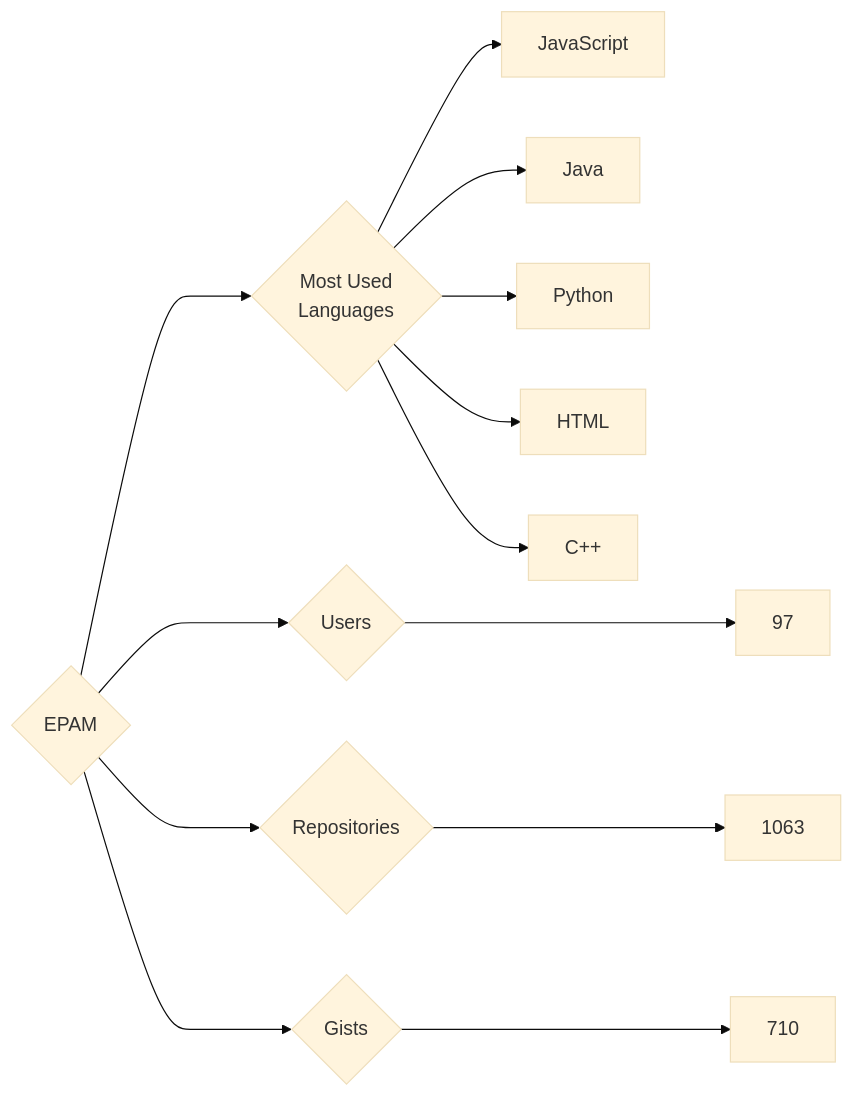
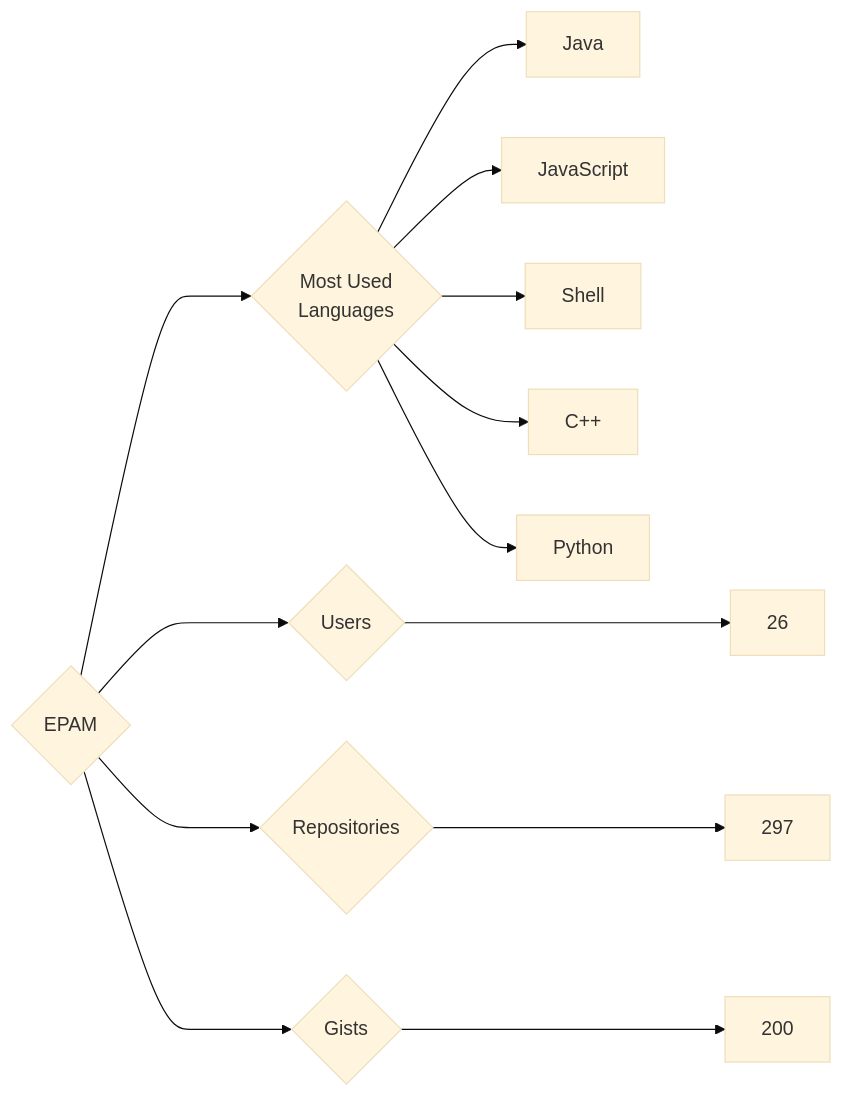
The diagram in targets/EPAM/README.md (trickest/insiders), drawn with Mermaid (base theme) before and after one commit. The commit also changed 610 other files, not shown here.

````diff
--- a/targets/EPAM/README.md
+++ b/targets/EPAM/README.md
@@ -3,13 +3,13 @@
 ```mermaid
 graph LR
 COMPANY_NAME{EPAM}
-COMPANY_NAME ---> U{Users} ---> UN[97]
-COMPANY_NAME ---> R{Repositories} ---> RN[1063]
-COMPANY_NAME ---> G{Gists} ---> GN[710]
+COMPANY_NAME ---> U{Users} ---> UN[26]
+COMPANY_NAME ---> R{Repositories} ---> RN[297]
+COMPANY_NAME ---> G{Gists} ---> GN[200]
 COMPANY_NAME ---> ML{Most Used<br>Languages}
+ML --> Java[Java]
 ML --> JavaScript[JavaScript]
-ML --> Java[Java]
+ML --> Shell[Shell]
+ML --> C++[C++]
 ML --> Python[Python]
-ML --> HTML[HTML]
-ML --> C++[C++]
 ```
````
